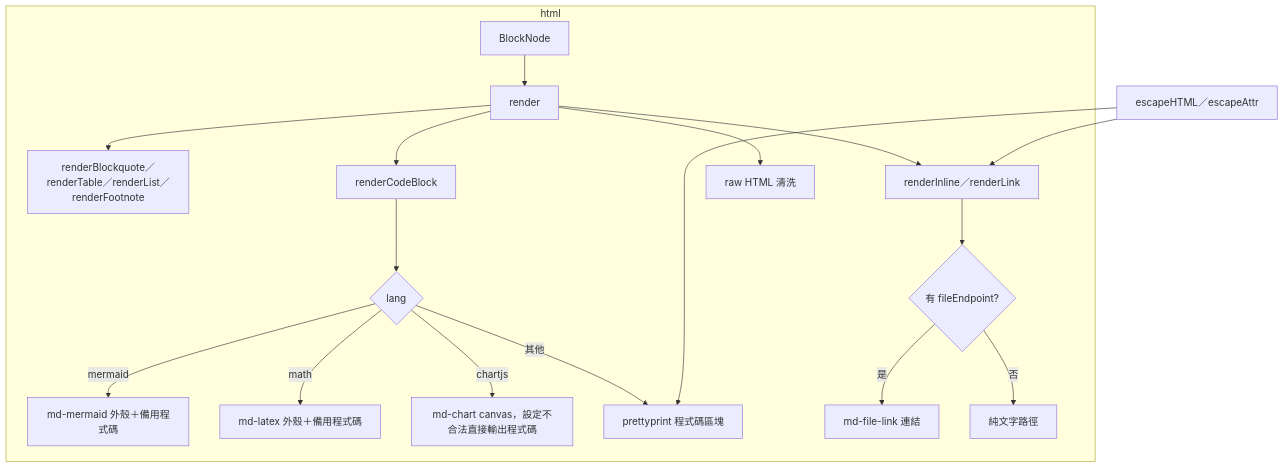
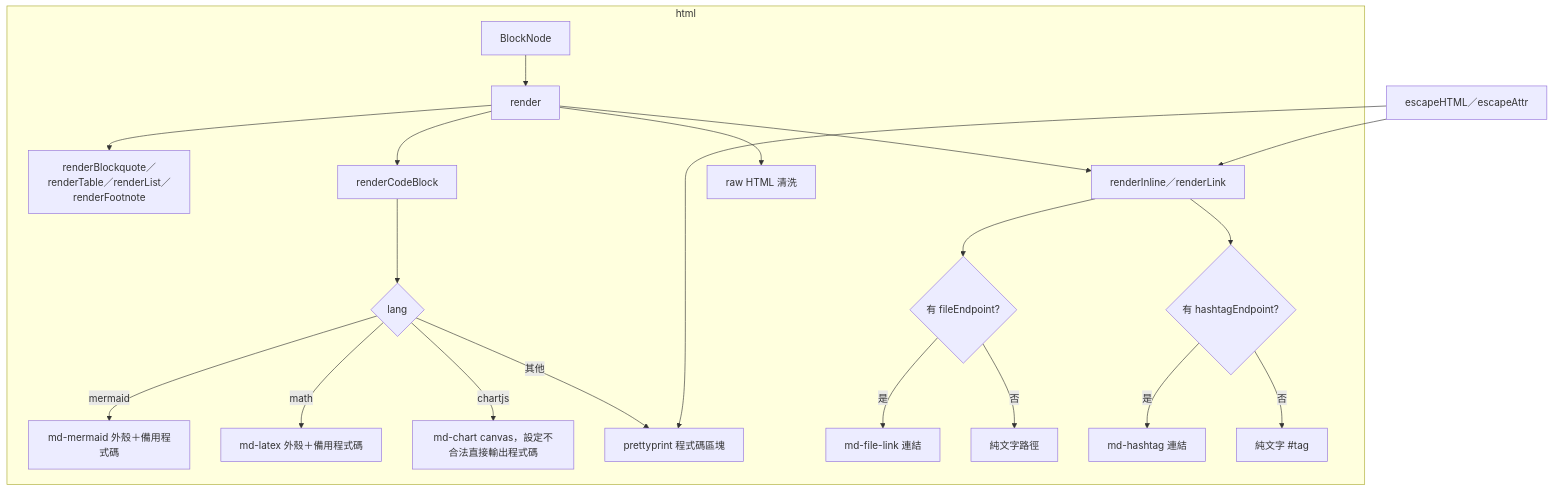
One commit to pardnchiu/NanoMD changed the fifth of 7 diagrams in doc/architecture.zh.md. Above: the diagram before and after it, drawn with Mermaid. The commit also changed 14 other files, not shown here.

````diff
--- a/doc/architecture.zh.md
+++ b/doc/architecture.zh.md
@@ -93,20 +93,23 @@
 ```mermaid
 graph TB
     subgraph html
         Node[BlockNode] --> Render[render]
         Render --> Block[renderBlockquote／renderTable／renderList／renderFootnote]
         Render --> CodeBlock[renderCodeBlock]
         CodeBlock --> Wrap{lang}
         Wrap -->|mermaid| MW[md-mermaid 外殼＋備用程式碼]
         Wrap -->|math| LW[md-latex 外殼＋備用程式碼]
         Wrap -->|chartjs| CW[md-chart canvas，設定不合法直接輸出程式碼]
         Wrap -->|其他| Pre[prettyprint 程式碼區塊]
         Render --> Inline[renderInline／renderLink]
         Inline --> FileLink{有 fileEndpoint?}
         FileLink -->|是| FileA[md-file-link 連結]
         FileLink -->|否| FileText[純文字路徑]
+        Inline --> TagLink{有 hashtagEndpoint?}
+        TagLink -->|是| TagA[md-hashtag 連結]
+        TagLink -->|否| TagText[純文字 #tag]
         Render --> Raw[raw HTML 清洗]
     end
     Escape[escapeHTML／escapeAttr] --> Inline
     Escape --> Pre
 ```
````
